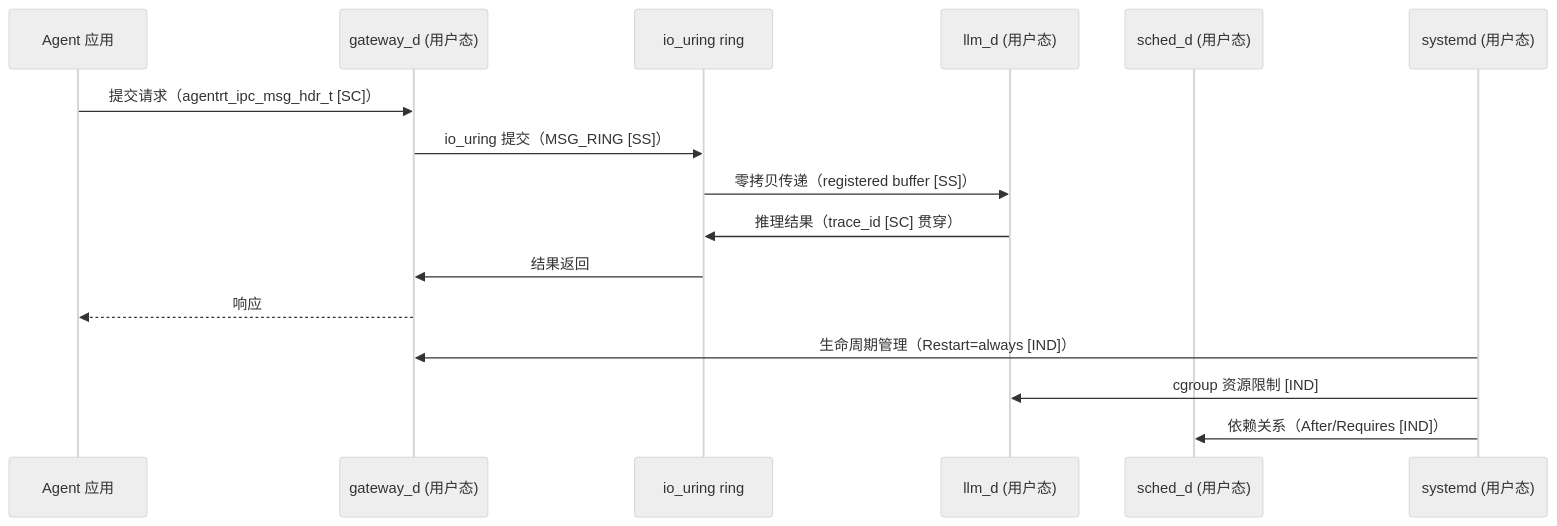
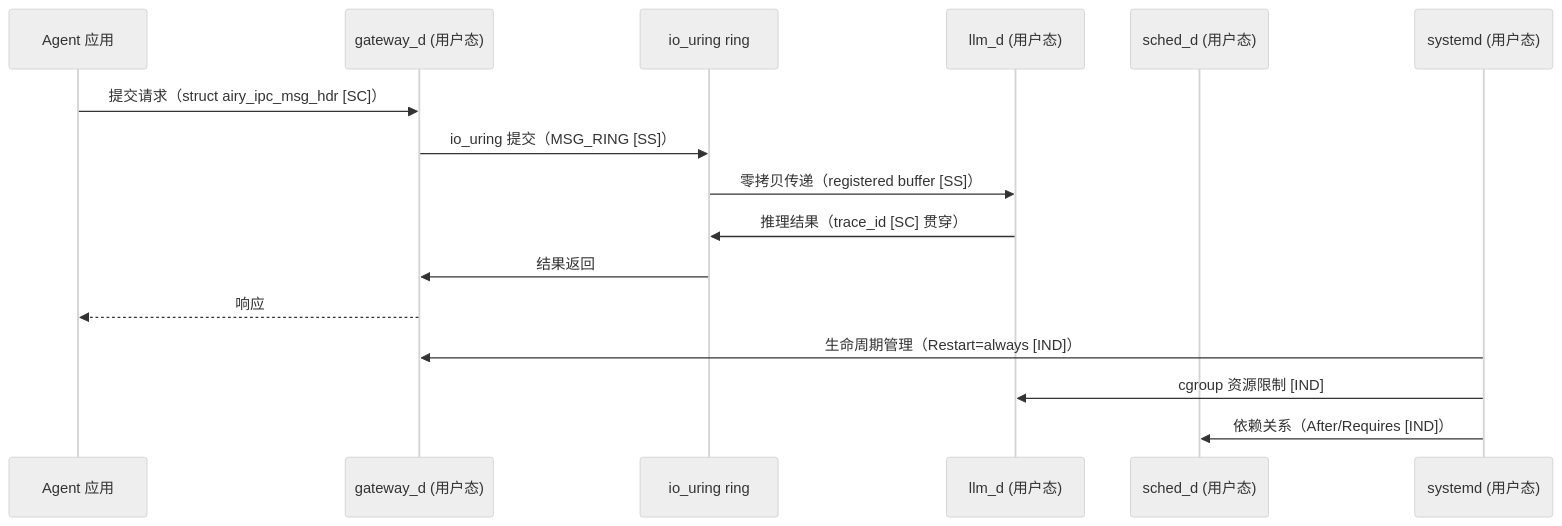
The first of 2 diagrams in 20-modules/02-services.md (openairymax/docs-linux), drawn with Mermaid (neutral theme) before and after one commit. The commit also changed other lines of this file and 132 other files, not shown here.

Commit message:
chore: 完成全项目命名空间从agentrt到airy的统一替换 本次提交完成了代码库中所有`agentrt_`相关命名空间、宏定义、标识符的统一替换，改为`airy_`前缀，同时完成了部分文档的排版优化与路径修正： 1. 替换了所有API函数、结构体、宏定义的命名前缀 2. 更新了文档中的示例代码与引用路径

````diff
--- a/20-modules/02-services.md
+++ b/20-modules/02-services.md
@@ -380,20 +373,20 @@
 ```mermaid
 sequenceDiagram
     participant APP as Agent 应用
     participant GW as gateway_d (用户态)
     participant IPC as io_uring ring
     participant LLM as llm_d (用户态)
     participant SCHED as sched_d (用户态)
     participant SYS as systemd (用户态)
 
-    APP->>GW: 提交请求（agentrt_ipc_msg_hdr_t [SC]）
+    APP->>GW: 提交请求（struct airy_ipc_msg_hdr [SC]）
     GW->>IPC: io_uring 提交（MSG_RING [SS]）
     IPC->>LLM: 零拷贝传递（registered buffer [SS]）
     LLM->>IPC: 推理结果（trace_id [SC] 贯穿）
     IPC->>GW: 结果返回
     GW-->>APP: 响应
 
     SYS->>GW: 生命周期管理（Restart=always [IND]）
     SYS->>LLM: cgroup 资源限制 [IND]
     SYS->>SCHED: 依赖关系（After/Requires [IND]）
 ```
````
